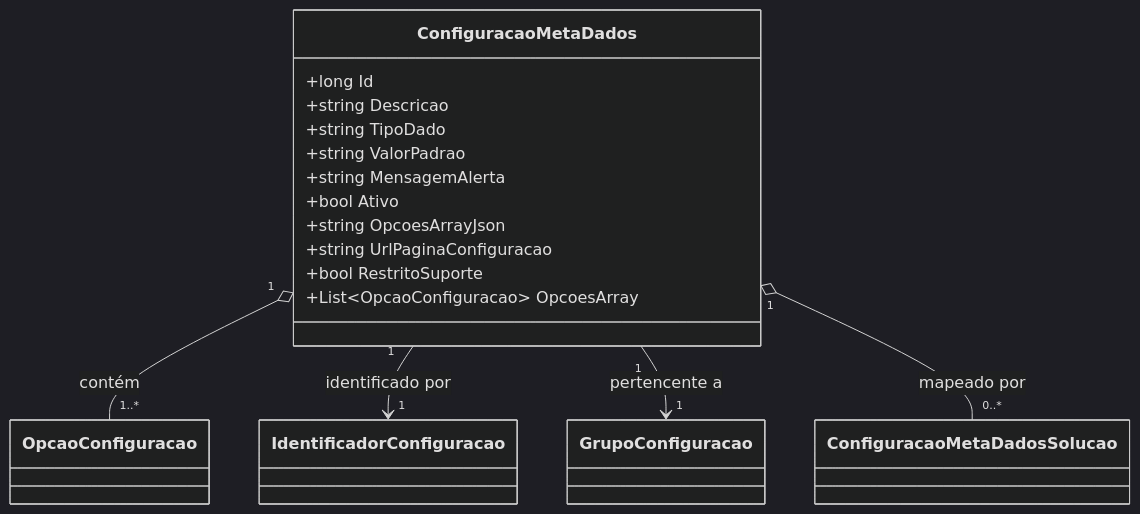
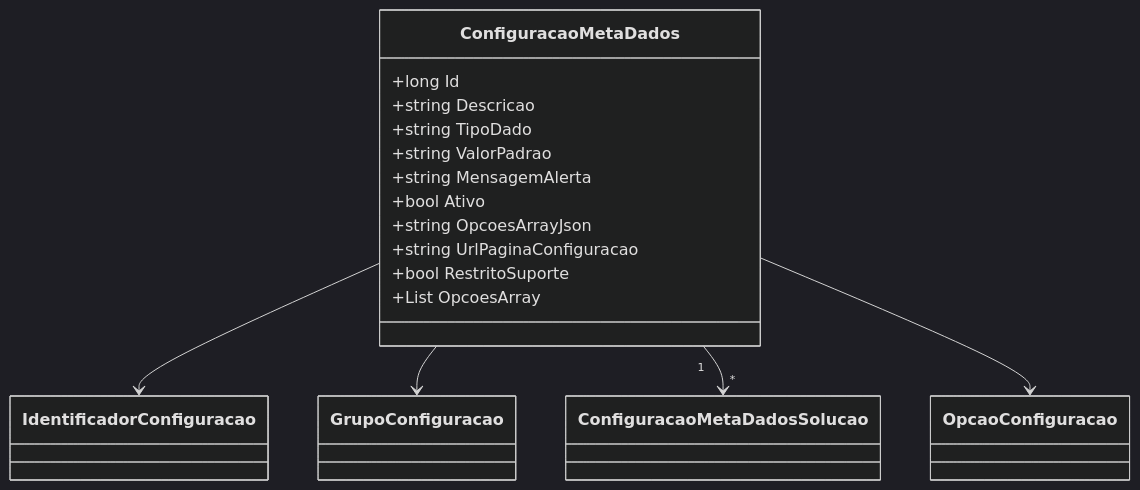
One commit to IsthmusSistemas/documentacao-tecnica changed the second of 2 diagrams in docs/b2b-dominio/IsthmusWinthor.Nucleo/IsthmusWinthor.Dominio/Entidades/ConfiguracaoMetaDados.md. Above: the diagram before and after it, drawn with Mermaid (dark theme). The commit also changed other lines of this file and 882 other files, not shown here.

````diff
--- a/docs/b2b-dominio/IsthmusWinthor.Nucleo/IsthmusWinthor.Dominio/Entidades/ConfiguracaoMetaDados.md
+++ b/docs/b2b-dominio/IsthmusWinthor.Nucleo/IsthmusWinthor.Dominio/Entidades/ConfiguracaoMetaDados.md
@@ -46,24 +52,24 @@
 ```mermaid
 classDiagram
     class ConfiguracaoMetaDados {
         +long Id
         +string Descricao
         +string TipoDado
         +string ValorPadrao
         +string MensagemAlerta
         +bool Ativo
         +string OpcoesArrayJson
         +string UrlPaginaConfiguracao
         +bool RestritoSuporte
-        +List~OpcaoConfiguracao~ OpcoesArray
+        +List<OpcaoConfiguracao> OpcoesArray
     }
-    class OpcaoConfiguracao
+    
     class IdentificadorConfiguracao
     class GrupoConfiguracao
     class ConfiguracaoMetaDadosSolucao
 
-    ConfiguracaoMetaDados "1" o-- "1..*" OpcaoConfiguracao : contém
-    ConfiguracaoMetaDados "1" --> "1" IdentificadorConfiguracao : identificado por
-    ConfiguracaoMetaDados "1" --> "1" GrupoConfiguracao : pertencente a
-    ConfiguracaoMetaDados "1" o-- "0..*" ConfiguracaoMetaDadosSolucao : mapeado por
-``` 
+    ConfiguracaoMetaDados --> IdentificadorConfiguracao
+    ConfiguracaoMetaDados --> GrupoConfiguracao
+    ConfiguracaoMetaDados "1" --> "*" ConfiguracaoMetaDadosSolucao
+    ConfiguracaoMetaDados --> OpcaoConfiguracao
+```
````
